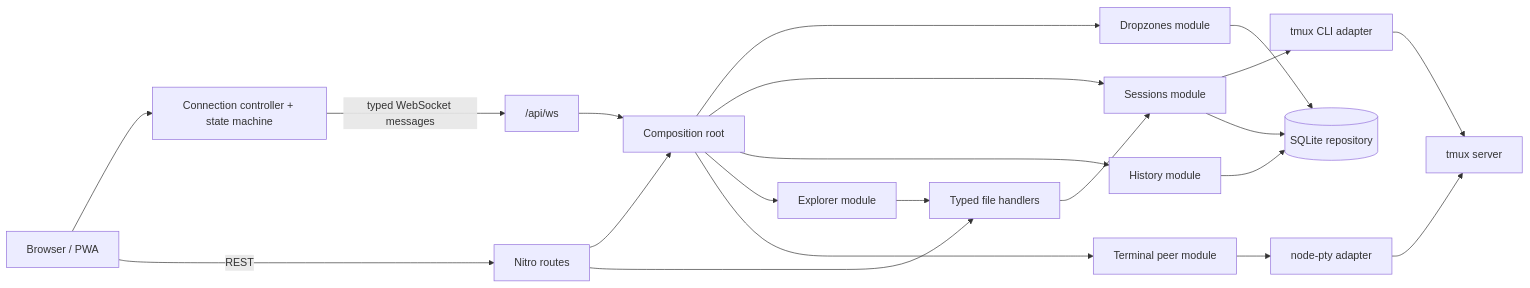
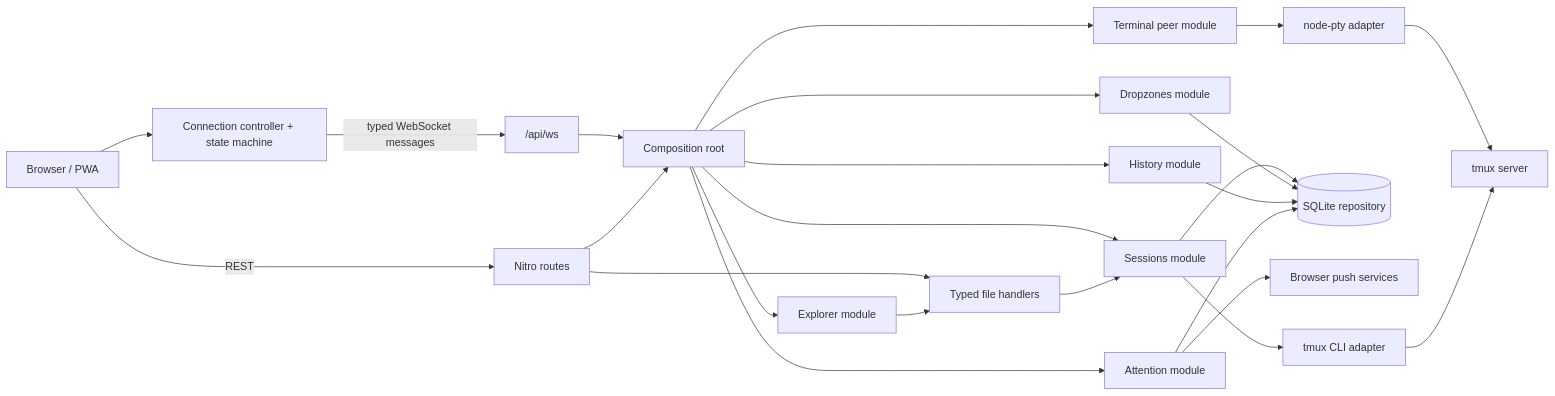
Before and after one commit to rebasereality/bitveins: the diagram in README.md, drawn with Mermaid. The commit also changed other lines of this file and 79 other files, not shown here.

Commit message:
feat(attention): ship agent inbox and web push

````diff
--- a/README.md
+++ b/README.md
@@ -160,23 +210,26 @@
 ```mermaid
 flowchart LR
     Client["Browser / PWA"] --> Controller["Connection controller + state machine"]
     Controller -->|typed WebSocket messages| WSRoute["/api/ws"]
     Client -->|REST| Routes["Nitro routes"]
     WSRoute --> Container["Composition root"]
     Routes --> Container
     Container --> Dropzones["Dropzones module"]
     Container --> Sessions["Sessions module"]
     Container --> History["History module"]
     Container --> Explorer["Explorer module"]
     Container --> Terminal["Terminal peer module"]
+    Container --> Attention["Attention module"]
     Routes --> Files["Typed file handlers"]
     Explorer --> Files
     Sessions --> Tmux["tmux CLI adapter"]
     Sessions --> SQLite[("SQLite repository")]
     Dropzones --> SQLite
     History --> SQLite
+    Attention --> SQLite
+    Attention --> Push["Browser push services"]
     Files --> Sessions
     Terminal --> PTY["node-pty adapter"]
     PTY --> TmuxServer["tmux server"]
     Tmux --> TmuxServer
 ```
````
